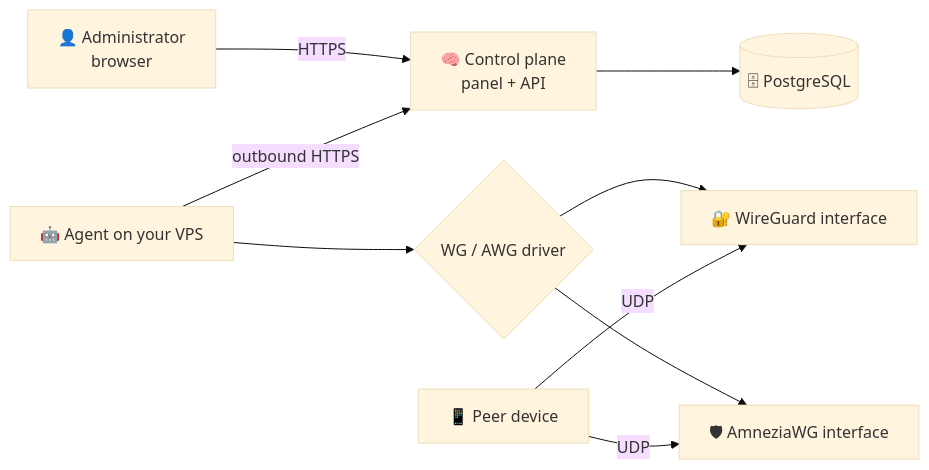
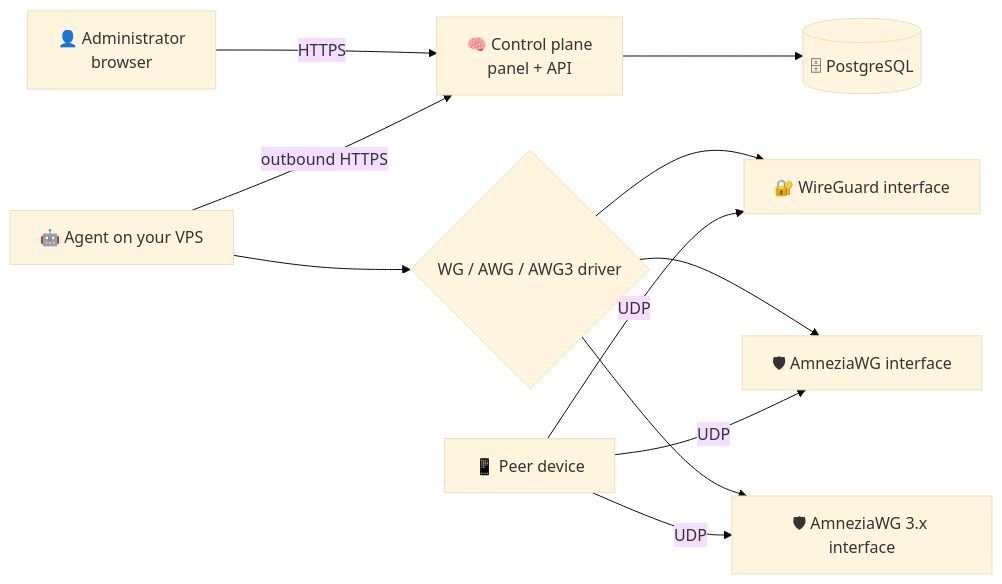
The diagram in README.md (peerblade/PeerBlade), drawn with Mermaid (base theme) before and after one commit. The commit also changed other lines of this file and 14 other files, not shown here.

Commit message:
feat: add AmneziaWG 3.x agent support

````diff
--- a/README.md
+++ b/README.md
@@ -50,11 +50,13 @@
 ```mermaid
 flowchart LR
     Admin["👤 Administrator<br/>browser"] -->|HTTPS| CP["🧠 Control plane<br/>panel + API"]
     CP --> DB[("🗄 PostgreSQL")]
     Agent["🤖 Agent on your VPS"] -->|outbound HTTPS| CP
-    Agent --> Driver{"WG / AWG driver"}
+    Agent --> Driver{"WG / AWG / AWG3 driver"}
     Driver --> WG["🔐 WireGuard interface"]
     Driver --> AWG["🛡 AmneziaWG interface"]
+    Driver --> AWG3["🛡 AmneziaWG 3.x interface"]
     Peer["📱 Peer device"] -->|UDP| WG
     Peer -->|UDP| AWG
+    Peer -->|UDP| AWG3
 ```
````
